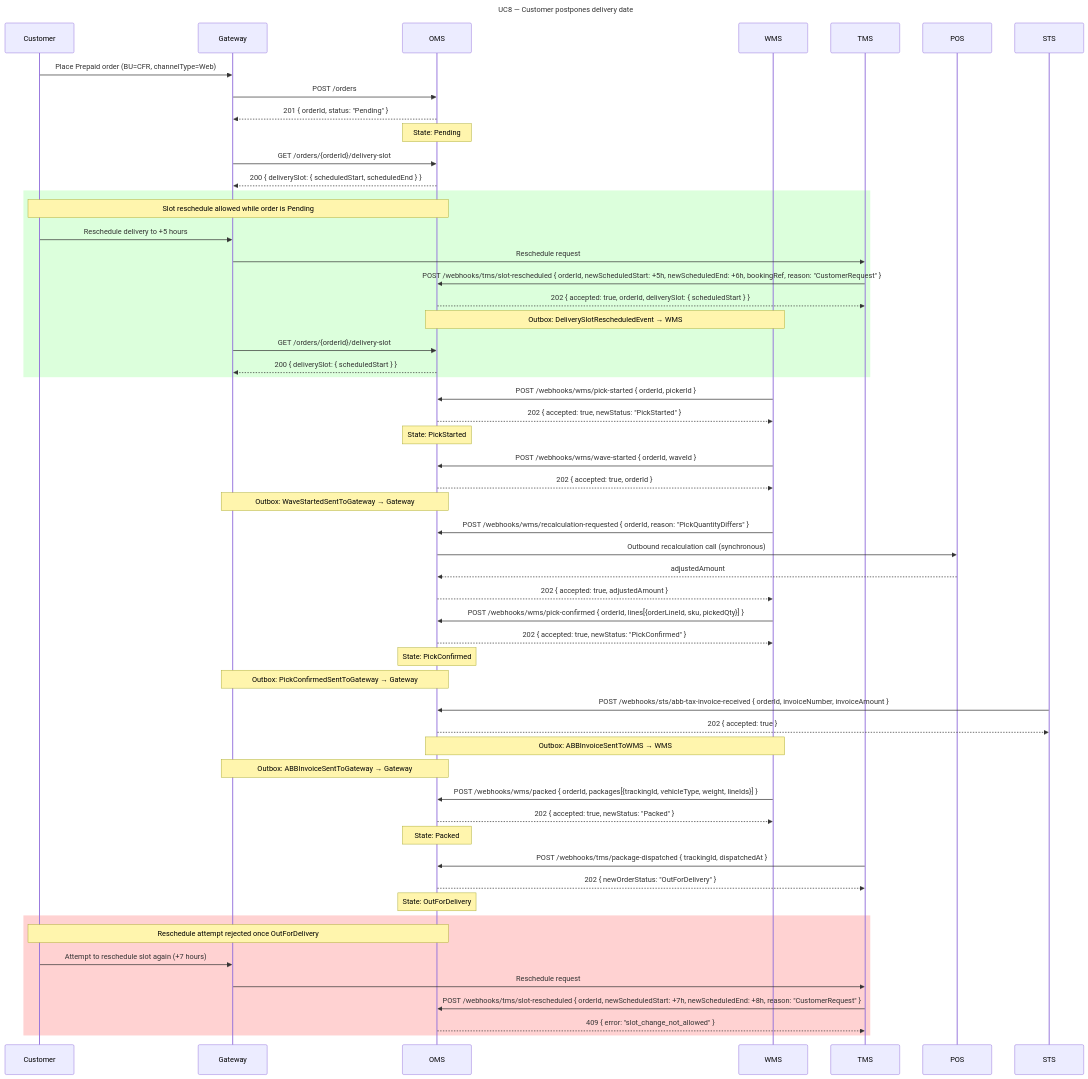
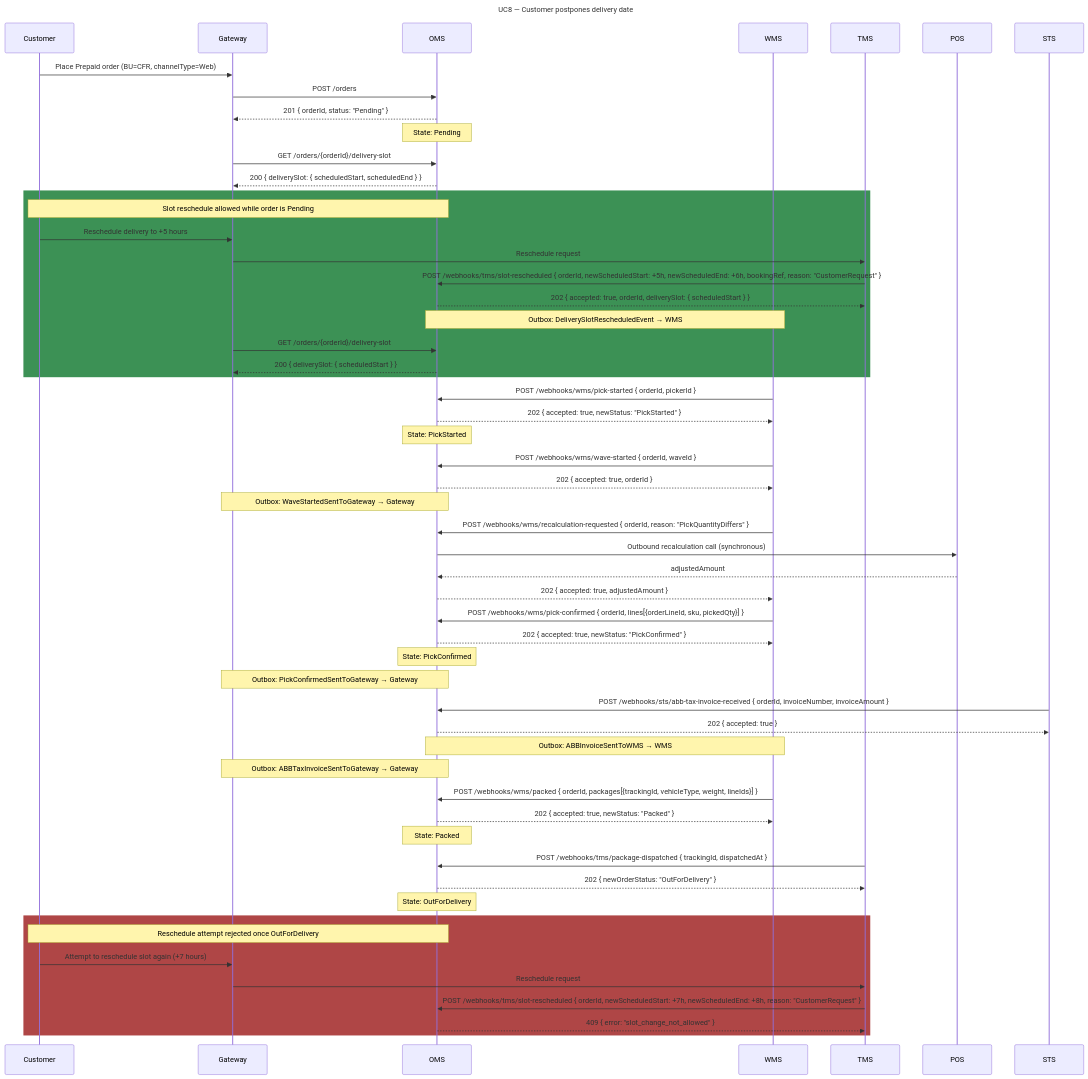
One commit to rosered11/oms-claude changed the eighth of 13 diagrams in docs/oms-e2e-sequence-diagrams.md. Above: the diagram before and after it, drawn with Mermaid. The commit also changed other lines of this file and 39 other files, not shown here.

````diff
--- a/docs/oms-e2e-sequence-diagrams.md
+++ b/docs/oms-e2e-sequence-diagrams.md
@@ -455,71 +455,71 @@
 ```mermaid
 sequenceDiagram
   title: UC8 — Customer postpones delivery date
 
   participant Customer
   participant Gateway
   participant OMS
   participant WMS
   participant TMS
   participant POS
   participant STS
 
   Customer->>Gateway: Place Prepaid order (BU=CFR, channelType=Web)
   Gateway->>OMS: POST /orders
   OMS-->>Gateway: 201 { orderId, status: "Pending" }
   Note over OMS: State: Pending
 
   Gateway->>OMS: GET /orders/{orderId}/delivery-slot
   OMS-->>Gateway: 200 { deliverySlot: { scheduledStart, scheduledEnd } }
 
-  rect rgb(220, 255, 220)
+  rect rgb(60, 145, 85)
     Note over Customer,OMS: Slot reschedule allowed while order is Pending
     Customer->>Gateway: Reschedule delivery to +5 hours
     Gateway->>TMS: Reschedule request
     TMS->>OMS: POST /webhooks/tms/slot-rescheduled { orderId, newScheduledStart: +5h, newScheduledEnd: +6h, bookingRef, reason: "CustomerRequest" }
     OMS-->>TMS: 202 { accepted: true, orderId, deliverySlot: { scheduledStart } }
     Note over OMS,WMS: Outbox: DeliverySlotRescheduledEvent → WMS
 
     Gateway->>OMS: GET /orders/{orderId}/delivery-slot
     OMS-->>Gateway: 200 { deliverySlot: { scheduledStart } }
   end
 
   WMS->>OMS: POST /webhooks/wms/pick-started { orderId, pickerId }
   OMS-->>WMS: 202 { accepted: true, newStatus: "PickStarted" }
   Note over OMS: State: PickStarted
 
   WMS->>OMS: POST /webhooks/wms/wave-started { orderId, waveId }
   OMS-->>WMS: 202 { accepted: true, orderId }
   Note over OMS,Gateway: Outbox: WaveStartedSentToGateway → Gateway
 
   WMS->>OMS: POST /webhooks/wms/recalculation-requested { orderId, reason: "PickQuantityDiffers" }
   OMS->>POS: Outbound recalculation call (synchronous)
   POS-->>OMS: adjustedAmount
   OMS-->>WMS: 202 { accepted: true, adjustedAmount }
 
   WMS->>OMS: POST /webhooks/wms/pick-confirmed { orderId, lines[{orderLineId, sku, pickedQty}] }
   OMS-->>WMS: 202 { accepted: true, newStatus: "PickConfirmed" }
   Note over OMS: State: PickConfirmed
   Note over OMS,Gateway: Outbox: PickConfirmedSentToGateway → Gateway
 
   STS->>OMS: POST /webhooks/sts/abb-tax-invoice-received { orderId, invoiceNumber, invoiceAmount }
   OMS-->>STS: 202 { accepted: true }
   Note over OMS,WMS: Outbox: ABBInvoiceSentToWMS → WMS
-  Note over OMS,Gateway: Outbox: ABBInvoiceSentToGateway → Gateway
+  Note over OMS,Gateway: Outbox: ABBTaxInvoiceSentToGateway → Gateway
 
   WMS->>OMS: POST /webhooks/wms/packed { orderId, packages[{trackingId, vehicleType, weight, lineIds}] }
   OMS-->>WMS: 202 { accepted: true, newStatus: "Packed" }
   Note over OMS: State: Packed
 
   TMS->>OMS: POST /webhooks/tms/package-dispatched { trackingId, dispatchedAt }
   OMS-->>TMS: 202 { newOrderStatus: "OutForDelivery" }
   Note over OMS: State: OutForDelivery
 
-  rect rgb(255, 210, 210)
+  rect rgb(175, 70, 70)
     Note over Customer,OMS: Reschedule attempt rejected once OutForDelivery
     Customer->>Gateway: Attempt to reschedule slot again (+7 hours)
     Gateway->>TMS: Reschedule request
     TMS->>OMS: POST /webhooks/tms/slot-rescheduled { orderId, newScheduledStart: +7h, newScheduledEnd: +8h, reason: "CustomerRequest" }
     OMS-->>TMS: 409 { error: "slot_change_not_allowed" }
   end
 ```
````
